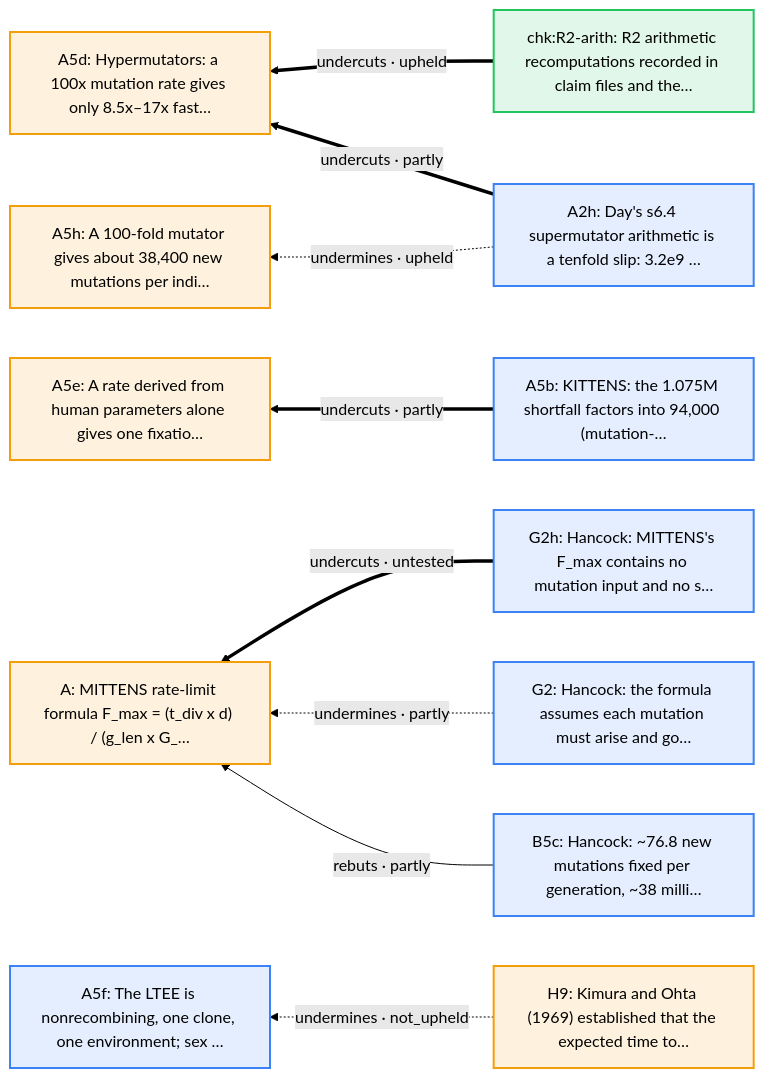
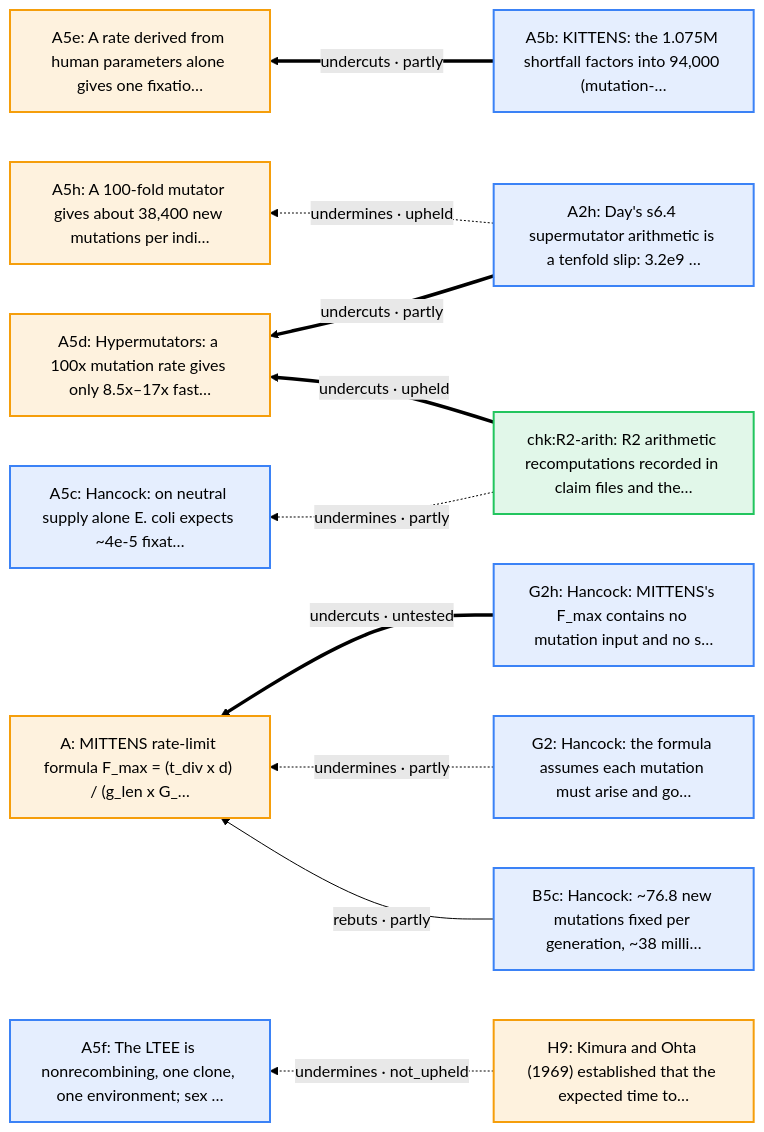
One commit to nickallevato/evo-sim changed the third of 21 diagrams in docs/arguments/defeaters.md. Above: the diagram before and after it, drawn with Mermaid (forest theme). The commit also changed other lines of this file and 7 other files, not shown here.

````diff
--- a/docs/arguments/defeaters.md
+++ b/docs/arguments/defeaters.md
@@ -147,28 +148,30 @@
 ```mermaid
 flowchart RL
   classDef day fill:#f59e0b22,stroke:#f59e0b,stroke-width:2px
   classDef ally fill:#d9770622,stroke:#d97706,stroke-width:2px
   classDef critic fill:#3b82f622,stroke:#3b82f6,stroke-width:2px
   classDef literature fill:#a3a3a322,stroke:#a3a3a3,stroke-width:2px
   classDef audit fill:#22c55e22,stroke:#22c55e,stroke-width:2px
   A["A: MITTENS rate-limit formula F_max = (t_div x d) / (g_len x G_…"]:::day
   A2h["A2h: Day's s6.4 supermutator arithmetic is a tenfold slip: 3.2e9 …"]:::critic
   A5b["A5b: KITTENS: the 1.075M shortfall factors into 94,000 (mutation-…"]:::critic
+  A5c["A5c: Hancock: on neutral supply alone E. coli expects ~4e-5 fixat…"]:::critic
   A5d["A5d: Hypermutators: a 100x mutation rate gives only 8.5x–17x fast…"]:::day
   A5e["A5e: A rate derived from human parameters alone gives one fixatio…"]:::day
   A5f["A5f: The LTEE is nonrecombining, one clone, one environment; sex …"]:::critic
   A5h["A5h: A 100-fold mutator gives about 38,400 new mutations per indi…"]:::day
   B5c["B5c: Hancock: ~76.8 new mutations fixed per generation, ~38 milli…"]:::critic
   G2["G2: Hancock: the formula assumes each mutation must arise and go…"]:::critic
   G2h["G2h: Hancock: MITTENS's F_max contains no mutation input and no s…"]:::critic
   H9["H9: Kimura and Ohta (1969) established that the expected time to…"]:::day
   chk_R2_arith["chk:R2-arith: R2 arithmetic recomputations recorded in claim files and the…"]:::audit
+  chk_R2_arith -.->|"undermines · partly"| A5c
   A2h ==>|"undercuts · partly"| A5d
   chk_R2_arith ==>|"undercuts · upheld"| A5d
   A5b ==>|"undercuts · partly"| A5e
   H9 -.->|"undermines · not_upheld"| A5f
   A2h -.->|"undermines · upheld"| A5h
   B5c -->|"rebuts · partly"| A
   G2 -.->|"undermines · partly"| A
   G2h ==>|"undercuts · untested"| A
 ```
````
